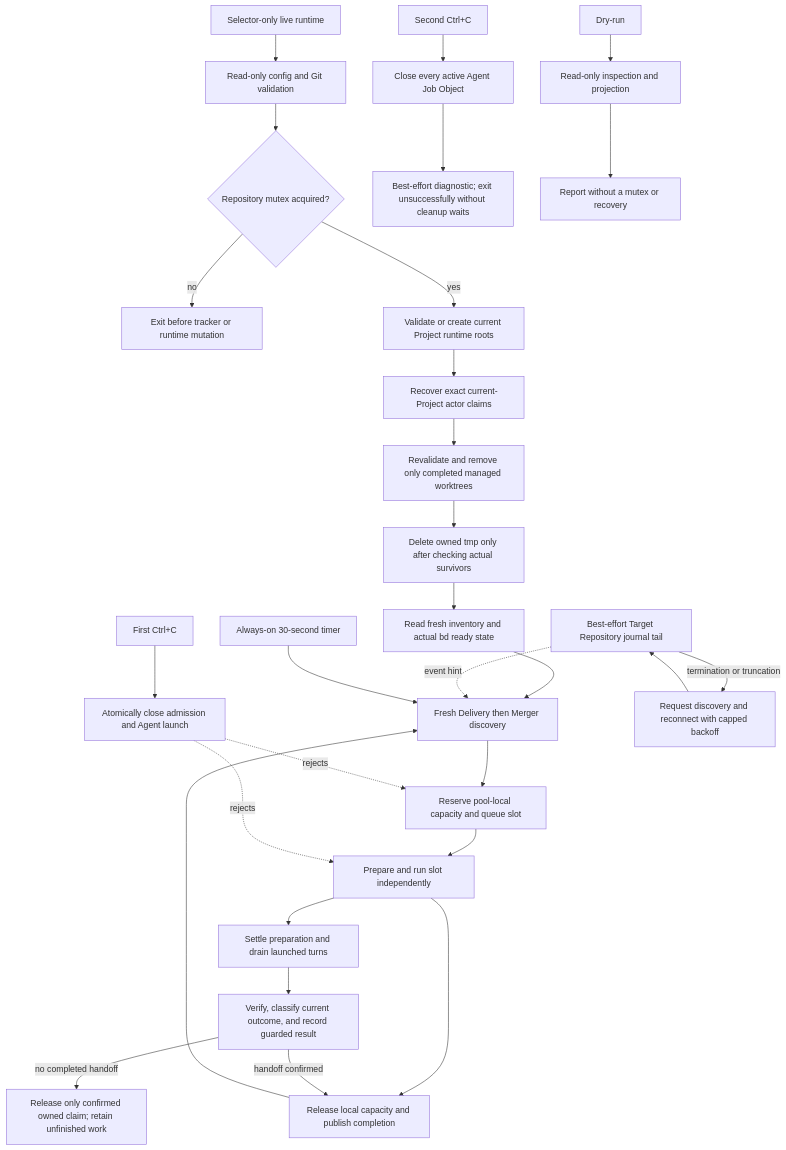
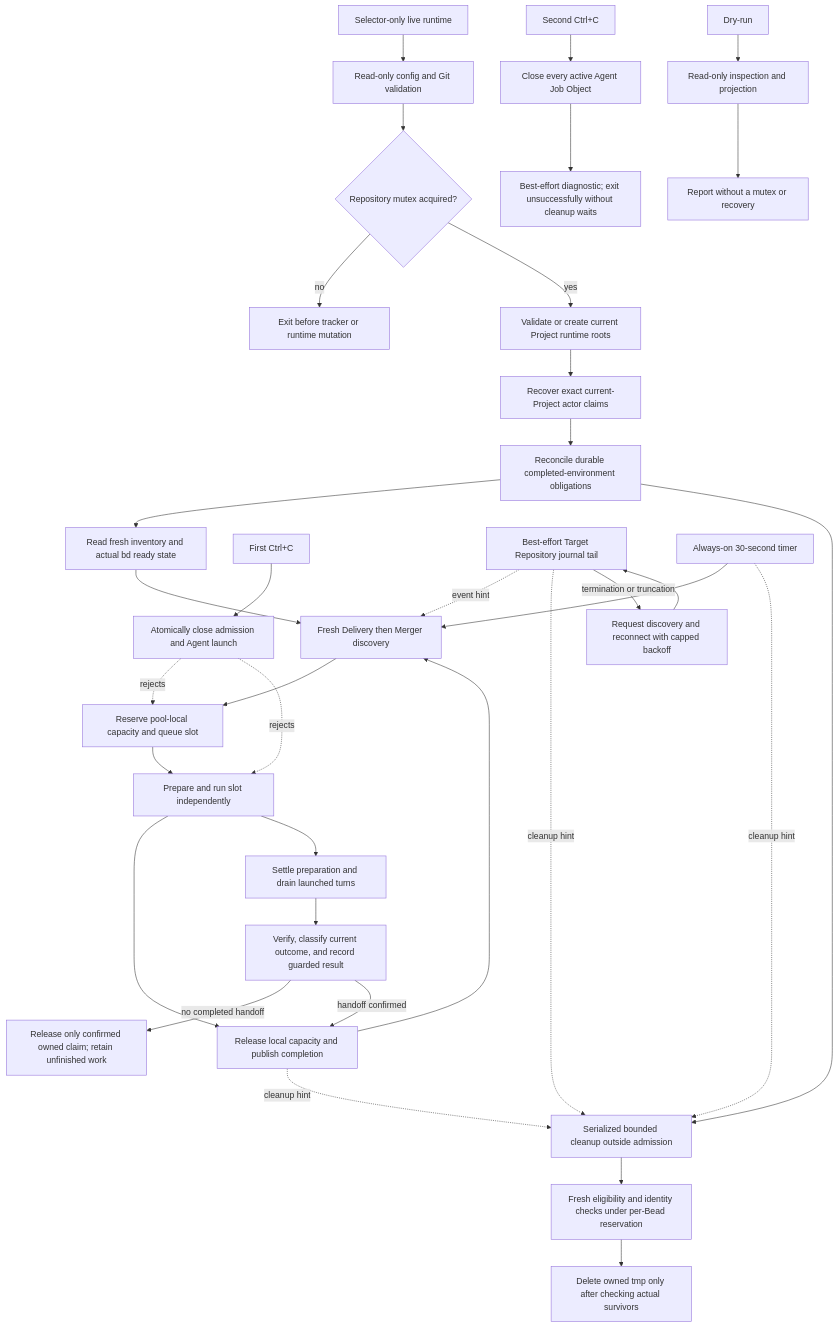
Before and after one commit to mgasparel/nightweaver: the third of 3 diagrams in SPEC.md, drawn with Mermaid. The commit also changed other lines of this file and 6 other files, not shown here.

````diff
--- a/SPEC.md
+++ b/SPEC.md
@@ -231,31 +231,36 @@
 ```mermaid
 flowchart TD
     Live[Selector-only live runtime] --> Validate[Read-only config and Git validation]
     Validate --> Mutex{Repository mutex acquired?}
     Mutex -- no --> Loser[Exit before tracker or runtime mutation]
     Mutex -- yes --> Roots[Validate or create current Project runtime roots]
     Roots --> Recovery[Recover exact current-Project actor claims]
-    Recovery --> Sweep[Revalidate and remove only completed managed worktrees]
-    Sweep --> Tmp[Delete owned tmp only after checking actual survivors]
-    Tmp --> Actual[Read fresh inventory and actual bd ready state]
+    Recovery --> Reconcile[Reconcile durable completed-environment obligations]
+    Reconcile --> Actual[Read fresh inventory and actual bd ready state]
+    Reconcile --> Cleanup[Serialized bounded cleanup outside admission]
+    Cleanup --> Remove[Fresh eligibility and identity checks under per-Bead reservation]
+    Remove --> Tmp[Delete owned tmp only after checking actual survivors]
     Actual --> Discover[Fresh Delivery then Merger discovery]
     Discover --> Reserve[Reserve pool-local capacity and queue slot]
     Reserve --> Slot[Prepare and run slot independently]
     Slot --> Complete[Release local capacity and publish completion]
     Complete --> Discover
+    Complete -. cleanup hint .-> Cleanup
     FirstStop[First Ctrl+C] --> StopGate[Atomically close admission and Agent launch]
     StopGate -. rejects .-> Reserve
     StopGate -. rejects .-> Slot
     Slot --> Drain[Settle preparation and drain launched turns]
     Drain --> Record[Verify, classify current outcome, and record guarded result]
     Record -->|no completed handoff| Finalize[Release only confirmed owned claim; retain unfinished work]
     Record -->|handoff confirmed| Complete
     SecondStop[Second Ctrl+C] --> ForceClose[Close every active Agent Job Object]
     ForceClose --> ForceExit[Best-effort diagnostic; exit unsuccessfully without cleanup waits]
     JournalTail[Best-effort Target Repository journal tail] -. event hint .-> Discover
+    JournalTail -. cleanup hint .-> Cleanup
     JournalTail -->|termination or truncation| Reconnect[Request discovery and reconnect with capped backoff]
     Reconnect --> JournalTail
     Timer[Always-on 30-second timer] --> Discover
+    Timer -. cleanup hint .-> Cleanup
     DryRun[Dry-run] --> Inspect[Read-only inspection and projection]
     Inspect --> Report[Report without a mutex or recovery]
 ```
````
